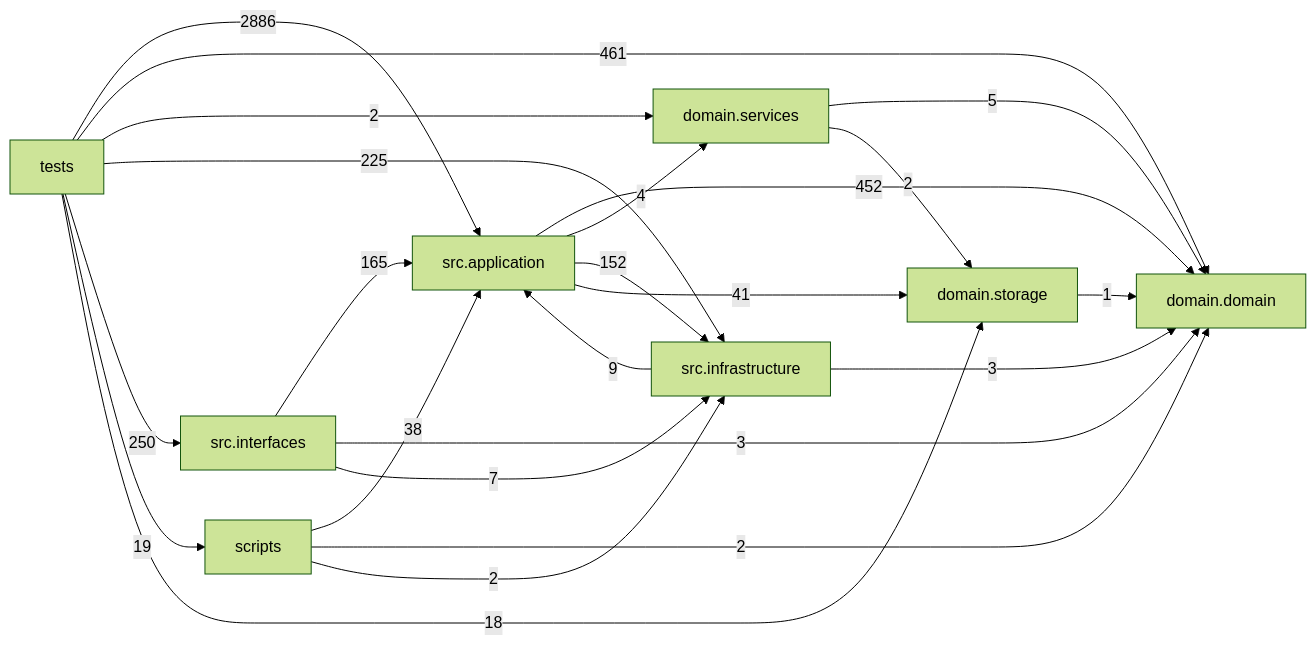
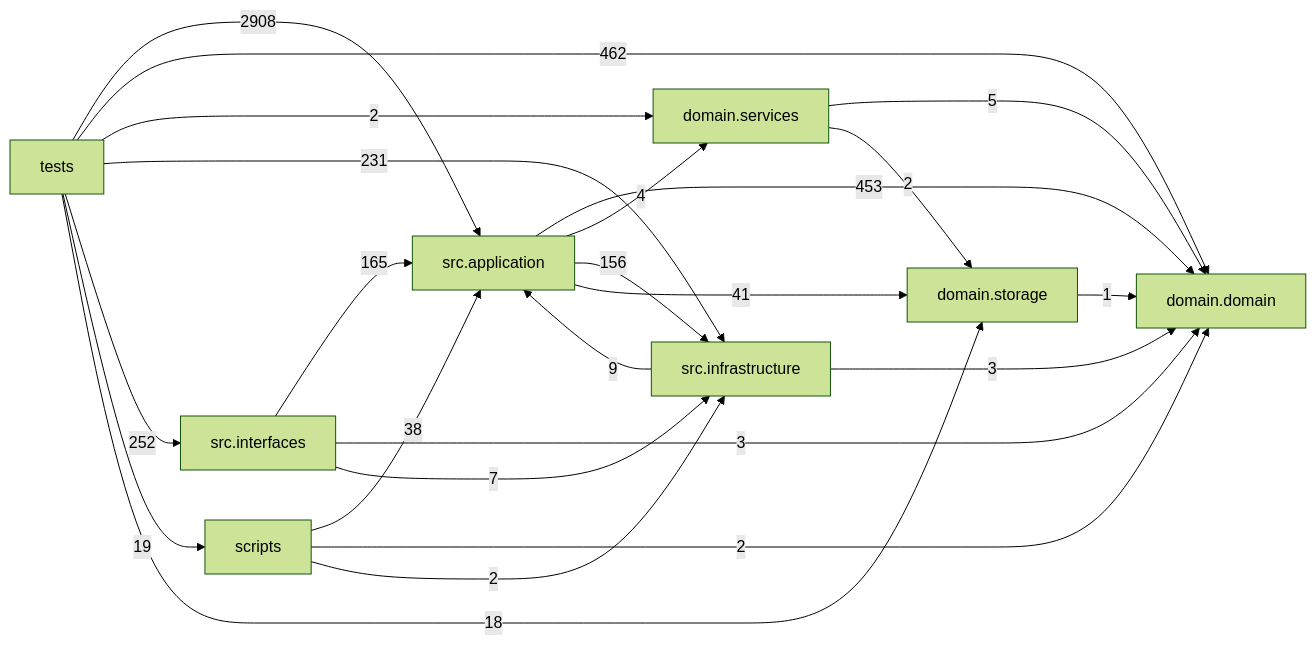
Before and after one commit to liuxie066/options-monitor: the diagram in docs/DEPENDENCY_GRAPH.md, drawn with Mermaid (forest theme). The commit also changed other lines of this file and 49 other files, not shown here.

````diff
--- a/docs/DEPENDENCY_GRAPH.md
+++ b/docs/DEPENDENCY_GRAPH.md
@@ -24,33 +24,33 @@
 ```mermaid
 flowchart LR
   tests["tests"]
   scripts["scripts"]
   interfaces["src.interfaces"]
   application["src.application"]
   infrastructure["src.infrastructure"]
   domain_services["domain.services"]
   domain["domain.domain"]
   storage["domain.storage"]
-  application -->|452| domain
+  application -->|453| domain
   application -->|4| domain_services
-  application -->|152| infrastructure
+  application -->|156| infrastructure
   application -->|41| storage
   domain_services -->|5| domain
   domain_services -->|2| storage
   infrastructure -->|9| application
   infrastructure -->|3| domain
   interfaces -->|165| application
   interfaces -->|3| domain
   interfaces -->|7| infrastructure
   scripts -->|38| application
   scripts -->|2| domain
   scripts -->|2| infrastructure
   storage -->|1| domain
-  tests -->|2886| application
-  tests -->|461| domain
+  tests -->|2908| application
+  tests -->|462| domain
   tests -->|2| domain_services
-  tests -->|225| infrastructure
-  tests -->|250| interfaces
+  tests -->|231| infrastructure
+  tests -->|252| interfaces
   tests -->|19| scripts
   tests -->|18| storage
 ```
````
